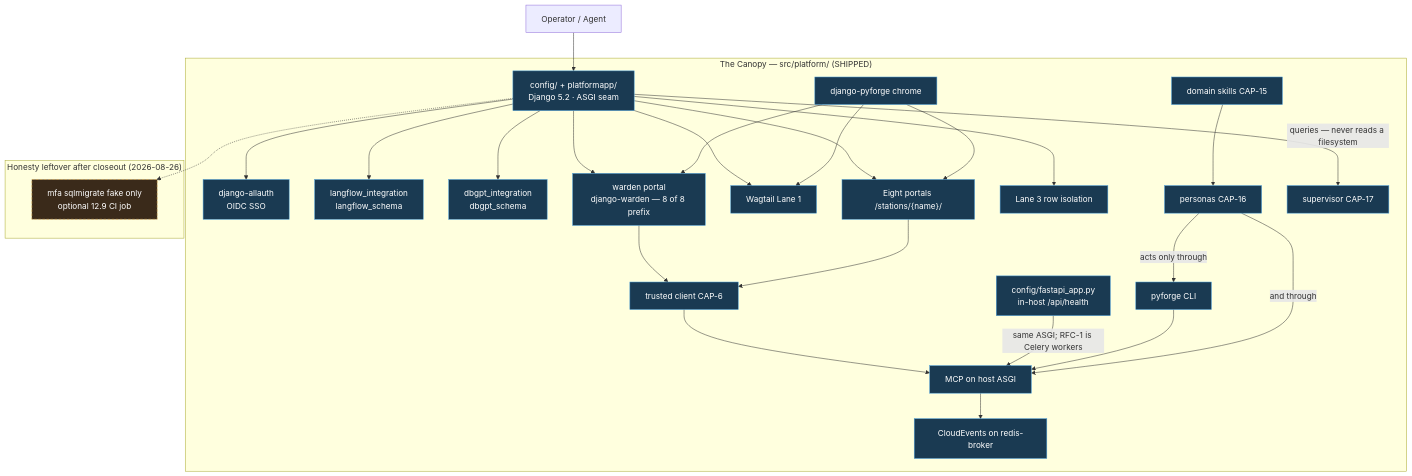
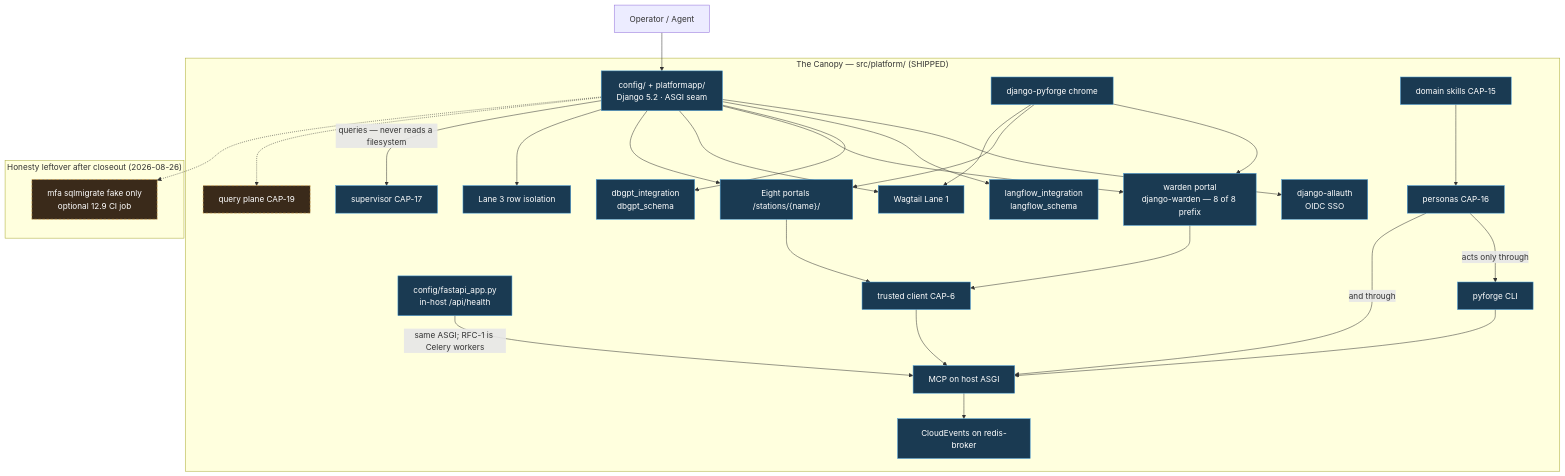
Before and after one commit to rxm7706/local-recipes: the first of 5 diagrams in _bmad-output/projects/pyforge-steward/planning-artifacts/specs/spec-pyforge-unifying-strategy/architecture-diagrams.md, drawn with Mermaid. The commit also changed other lines of this file and 14 other files, not shown here.

````diff
--- a/_bmad-output/projects/pyforge-steward/planning-artifacts/specs/spec-pyforge-unifying-strategy/architecture-diagrams.md
+++ b/_bmad-output/projects/pyforge-steward/planning-artifacts/specs/spec-pyforge-unifying-strategy/architecture-diagrams.md
@@ -17,56 +18,58 @@
 ```mermaid
 graph TB
     User["Operator / Agent"]
 
     subgraph Canopy["The Canopy — src/platform/ (SHIPPED)"]
         Host["config/ + platformapp/<br/>Django 5.2 · ASGI seam"]
         Auth["django-allauth<br/>OIDC SSO"]
         FastAPIseam["config/fastapi_app.py<br/>in-host /api/health"]
         LF["langflow_integration<br/>langflow_schema"]
         DG["dbgpt_integration<br/>dbgpt_schema"]
         CF["warden portal<br/>django-warden — 8 of 8 prefix"]
         L1["Wagtail Lane 1"]
         P7["Eight portals /stations/{name}/"]
         DP["django-pyforge chrome"]
         SVC["MCP on host ASGI"]
         CLI["pyforge CLI"]
         CLIENT["trusted client CAP-6"]
         SD["Lane 3 row isolation"]
         EV["CloudEvents on redis-broker"]
         SK["domain skills CAP-15"]
         PER["personas CAP-16"]
         SUP["supervisor CAP-17"]
+        QP["query plane CAP-19"]
     end
 
     subgraph Residual["Honesty leftover after closeout (2026-08-26)"]
         LIVE["mfa sqlmigrate fake only<br/>optional 12.9 CI job"]
     end
 
     User --> Host
     Host --> Auth
     Host --> LF
     Host --> DG
     Host --> CF
     Host --> L1
     Host --> P7
     DP --> CF
     DP --> P7
     DP --> L1
     CF --> CLIENT
     P7 --> CLIENT
     CLIENT --> SVC
     FastAPIseam -->|same ASGI; RFC-1 is Celery workers| SVC
     SVC --> EV
     Host --> SD
     CLI --> SVC
     PER -->|"acts only through"| CLI
     PER -->|"and through"| SVC
     SK --> PER
     Host -->|"queries — never reads a filesystem"| SUP
+    Host -.-> QP
     Host -.-> LIVE
 
     classDef shipped fill:#1a3a52,stroke:#4a9eda,color:#fff
     classDef residual fill:#3a2a1a,stroke:#daa54a,color:#fff,stroke-dasharray: 5 3
     class Host,Auth,FastAPIseam,LF,DG,CF,DP,L1,P7,SVC,CLI,CLIENT,SD,EV,SK,PER,SUP shipped
-    class LIVE residual
+    class LIVE,QP residual
 ```
````
